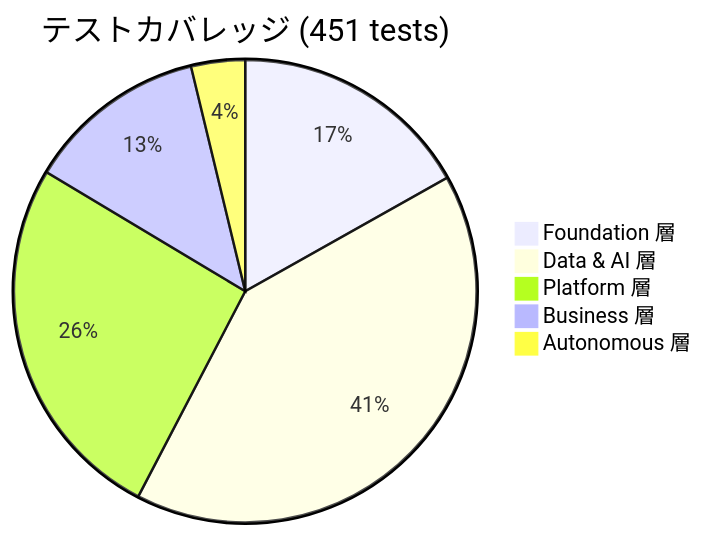
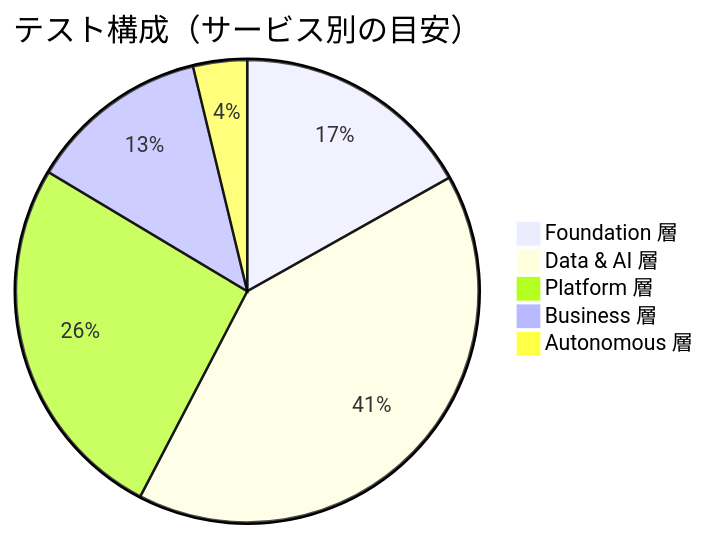
Before and after one commit to Kensan196948G/Construction-Enterprise-OS: the third of 6 diagrams in README.md, drawn with Mermaid. The commit also changed other lines of this file, not shown here.

````diff
--- a/README.md
+++ b/README.md
@@ -185,8 +185,8 @@
 ```mermaid
-pie title テストカバレッジ (451 tests)
+pie title テスト構成（サービス別の目安）
     "Foundation 層" : 76
     "Data & AI 層" : 184
     "Platform 層" : 117
     "Business 層" : 57
     "Autonomous 層" : 17
 ```
````
